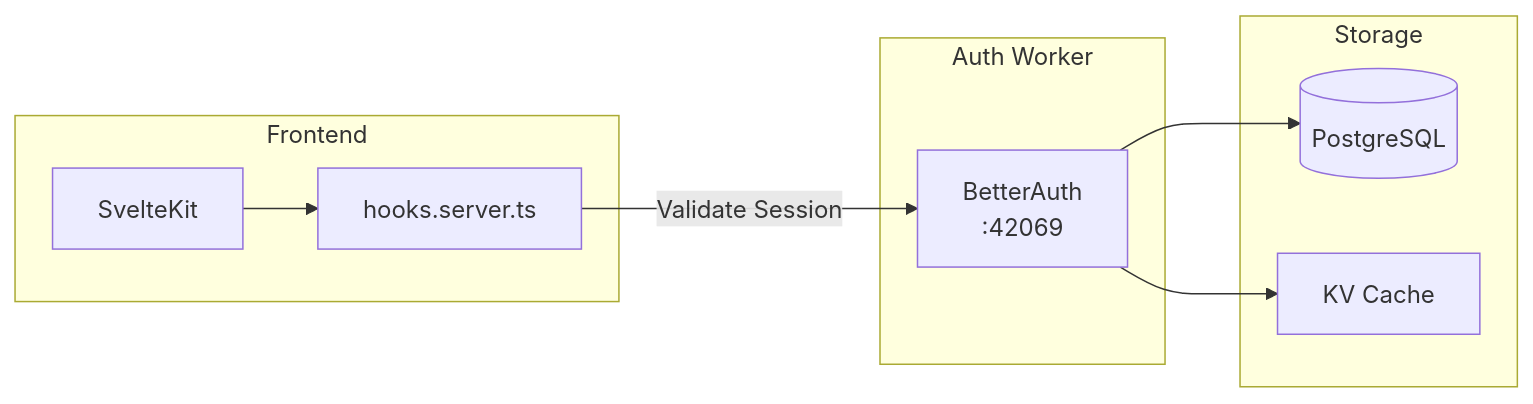
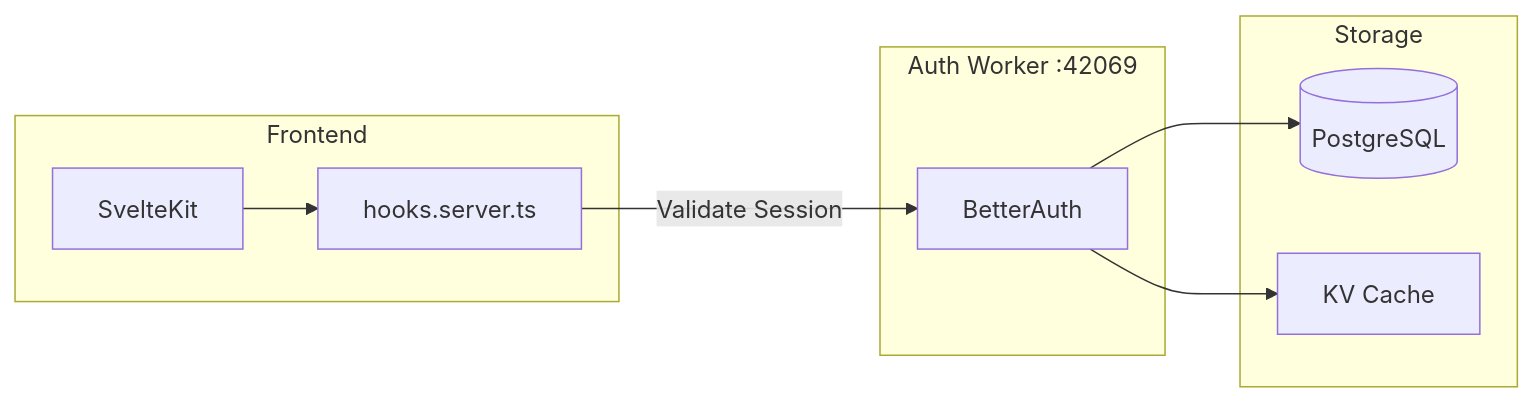
One commit to brucemckayone/codex changed the first of 8 diagrams in design/frontend/AUTH.md. Above: the diagram before and after it, drawn with Mermaid. The commit also changed other lines of this file and 5 other files, not shown here.

````diff
--- a/design/frontend/AUTH.md
+++ b/design/frontend/AUTH.md
@@ -12,21 +12,21 @@
 ```mermaid
 graph LR
     subgraph "Frontend"
         SK[SvelteKit]
         Hook[hooks.server.ts]
     end
 
-    subgraph "Auth Worker"
-        AW[BetterAuth<br/>:42069]
+    subgraph "Auth Worker :42069"
+        BA[BetterAuth]
     end
 
     subgraph "Storage"
         DB[(PostgreSQL)]
         KV[KV Cache]
     end
 
     SK --> Hook
-    Hook -->|Validate Session| AW
-    AW --> DB
-    AW --> KV
+    Hook -->|Validate Session| BA
+    BA --> DB
+    BA --> KV
 ```
````
